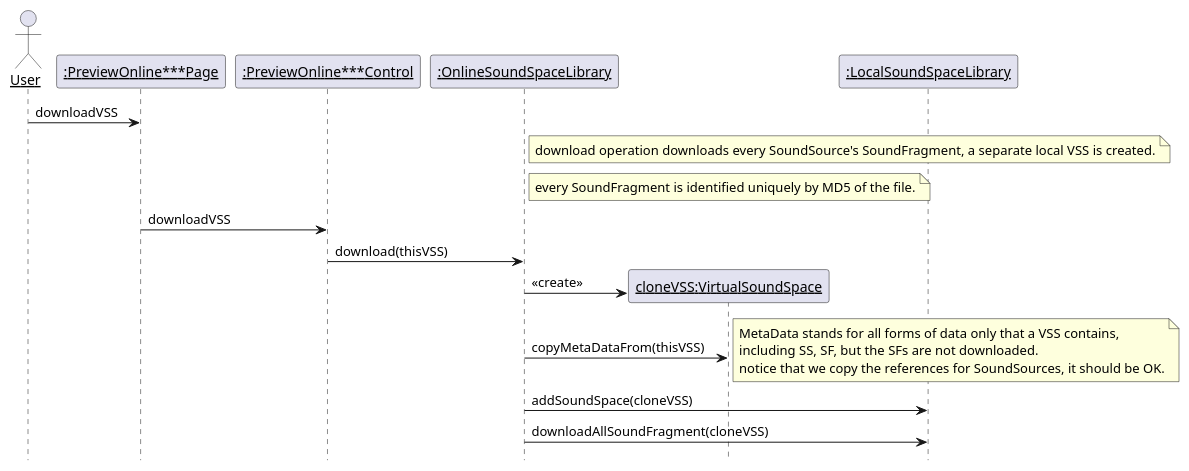
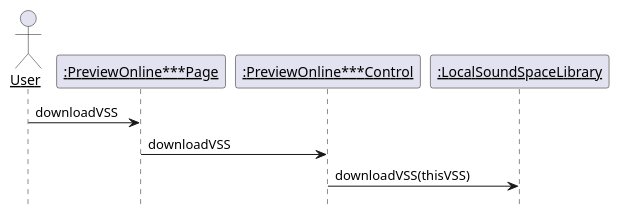
One commit to kpp19920121/doc changed diagram 11 of 20 in 需求定义和分析/动态模型.md. Above: the diagram before and after it, drawn with PlantUML. The commit also changed other lines of this file and 4 other files, not shown here.

````diff
--- a/需求定义和分析/动态模型.md
+++ b/需求定义和分析/动态模型.md
@@ -455,31 +455,16 @@
 ```PlantUML
 @startuml Diagrams/DownloadVSS
 hide footbox
 skinparam sequenceParticipant underline
 actor User as user
 participant ":PreviewOnline***Page" as page
 participant ":PreviewOnline***Control" as control
-participant ":OnlineSoundSpaceLibrary" as onlinelib
-participant "cloneVSS:VirtualSoundSpace" as clone
 participant ":LocalSoundSpaceLibrary" as library
 user -> page: downloadVSS
-note right of onlinelib: download operation downloads every SoundSource's SoundFragment, a separate local VSS is created.
-note right of onlinelib: every SoundFragment is identified uniquely by MD5 of the file.
 page -> control: downloadVSS
-control -> onlinelib: download(thisVSS)
-create clone
-onlinelib -> clone: <<create>>
-onlinelib -> clone: copyMetaDataFrom(thisVSS)
-note right
-MetaData stands for all forms of data only that a VSS contains,
-including SS, SF, but the SFs are not downloaded.
-notice that we copy the references for SoundSources, it should be OK.
-end note
-onlinelib -> library: addSoundSpace(cloneVSS)
-onlinelib -> library: downloadAllSoundFragment(cloneVSS)
-
+control -> library: downloadVSS(thisVSS)
 
 
 
 @enduml
 ```
````
